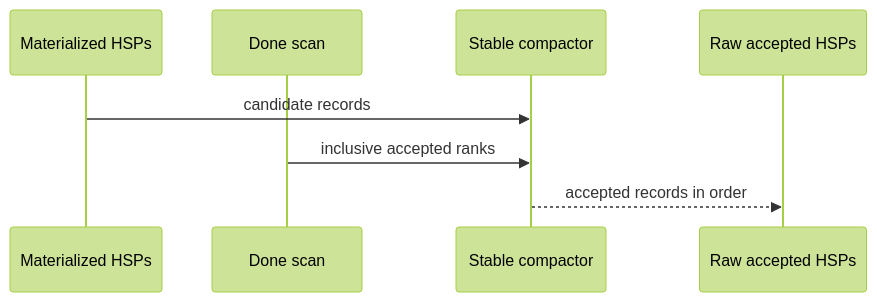
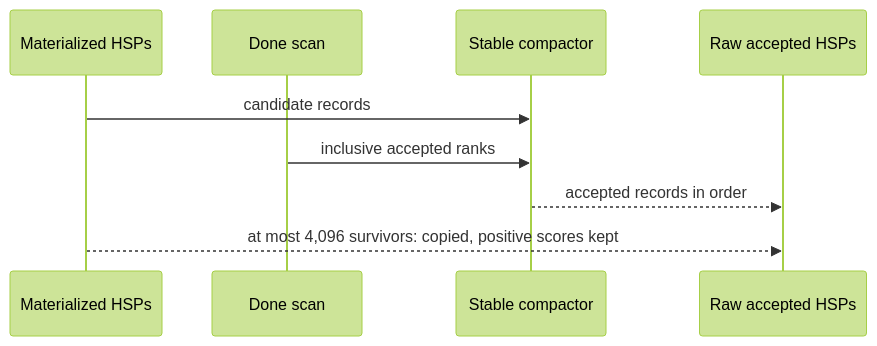
One commit to hillerlab/hspZ changed the first of 5 diagrams in docs/src/journeys/output.md. Above: the diagram before and after it, drawn with Mermaid (forest theme). The commit also changed other lines of this file and 11 other files, not shown here.

````diff
--- a/docs/src/journeys/output.md
+++ b/docs/src/journeys/output.md
@@ -16,10 +17,11 @@
 ```mermaid
 sequenceDiagram
     participant H as Materialized HSPs
     participant D as Done scan
     participant C as Stable compactor
     participant R as Raw accepted HSPs
     H->>C: candidate records
     D->>C: inclusive accepted ranks
     C-->>R: accepted records in order
+    H-->>R: at most 4,096 survivors: copied, positive scores kept
 ```
````
